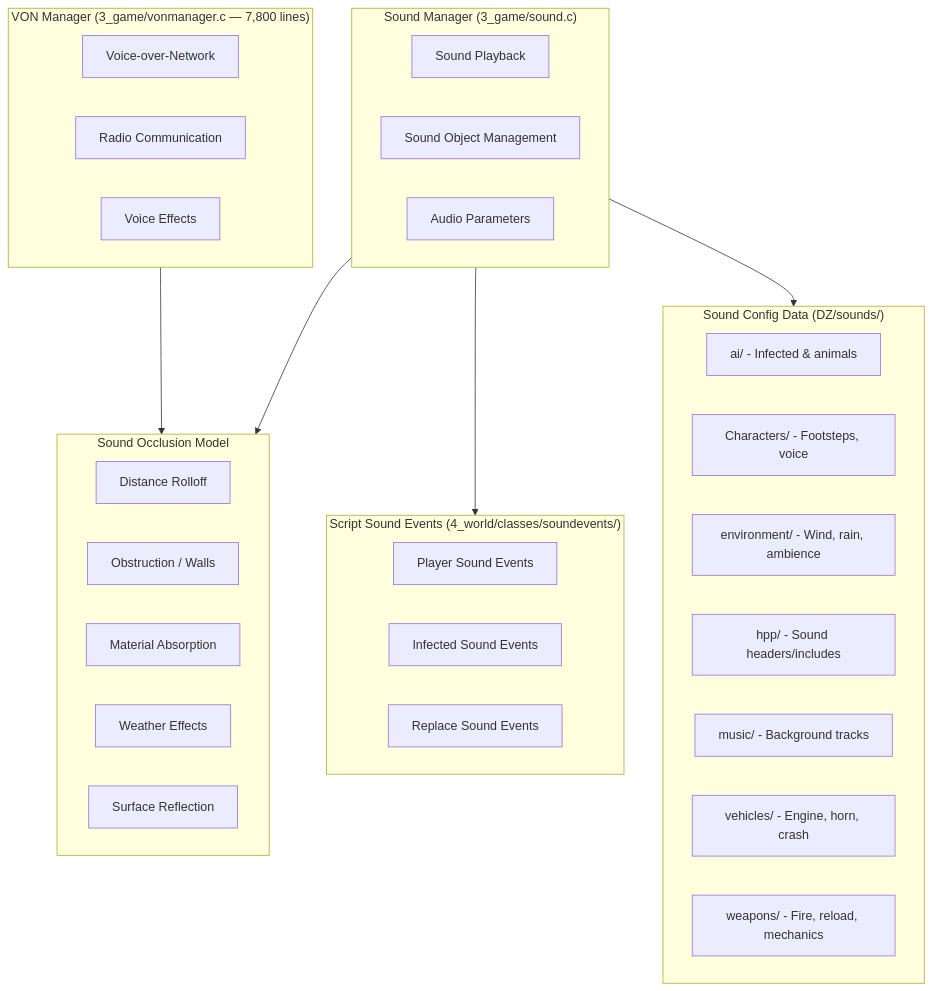
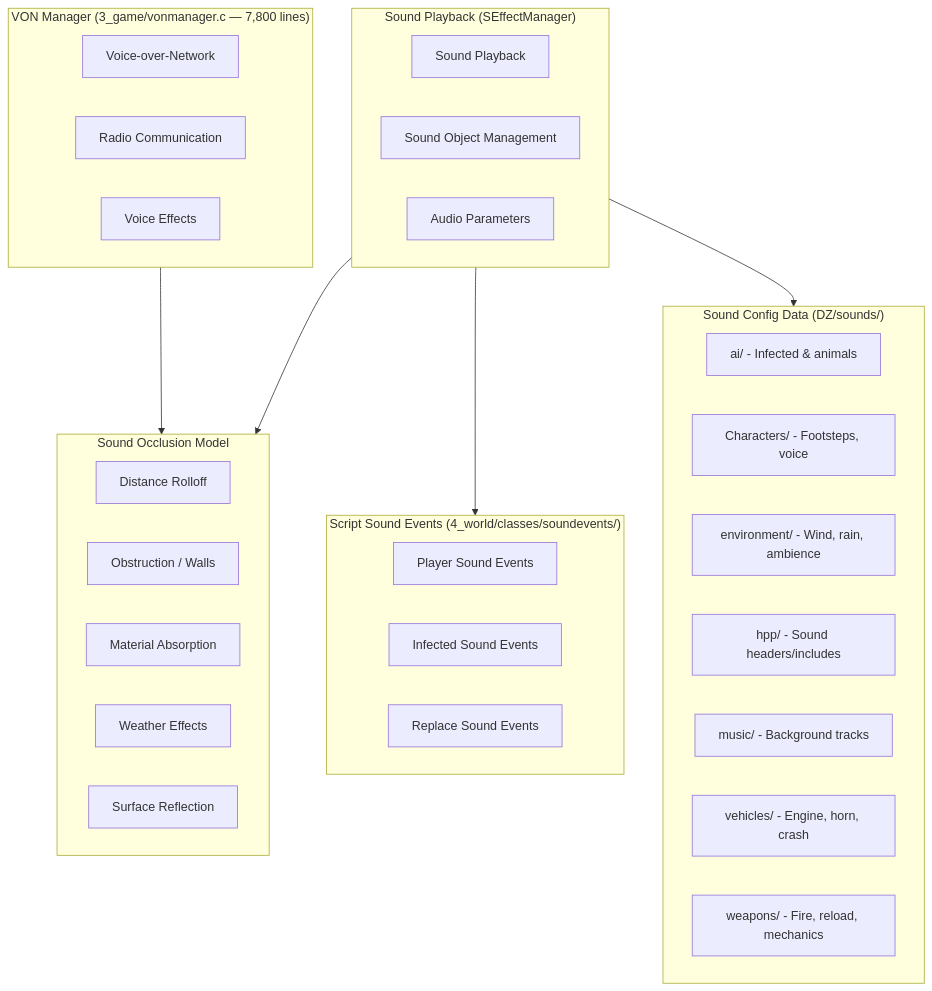
The diagram in docs/game-systems/sound-system.md (rogersau/DayZ-Scripts-Wiki), drawn with Mermaid before and after one commit. The commit also changed other lines of this file and 48 other files, not shown here.

````diff
--- a/docs/game-systems/sound-system.md
+++ b/docs/game-systems/sound-system.md
@@ -7,43 +7,43 @@
 ```mermaid
 flowchart TD
-    subgraph Manager["Sound Manager (3_game/sound.c)"]
+    subgraph Manager["Sound Playback (SEffectManager)"]
         PLAY[Sound Playback]
         OBJ[Sound Object Management]
         PARAM[Audio Parameters]
     end
     
     subgraph VON["VON Manager (3_game/vonmanager.c — 7,800 lines)"]
         VOICE[Voice-over-Network]
         RADIO[Radio Communication]
         FX[Voice Effects]
     end
     
     subgraph Config["Sound Config Data (DZ/sounds/)"]
         AI_SND[ai/ - Infected & animals]
         CHAR[Characters/ - Footsteps, voice]
         ENV[environment/ - Wind, rain, ambience]
         HPP[hpp/ - Sound headers/includes]
         MUSIC[music/ - Background tracks]
         VEH[vehicles/ - Engine, horn, crash]
         WEAP[weapons/ - Fire, reload, mechanics]
     end
     
     subgraph Events["Script Sound Events (4_world/classes/soundevents/)"]
         PLAYER_EV[Player Sound Events]
         INFECT_EV[Infected Sound Events]
         REPLACE_EV[Replace Sound Events]
     end
     
     subgraph Occlusion["Sound Occlusion Model"]
         DIST[Distance Rolloff]
         OBS[Obstruction / Walls]
         MAT[Material Absorption]
         WEATHER_O[Weather Effects]
         SURFACE[Surface Reflection]
     end
     
     Manager --> Config
     Manager --> Events
     Manager --> Occlusion
     VON --> Occlusion
 ```
````
